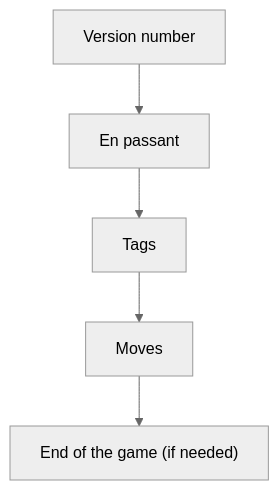
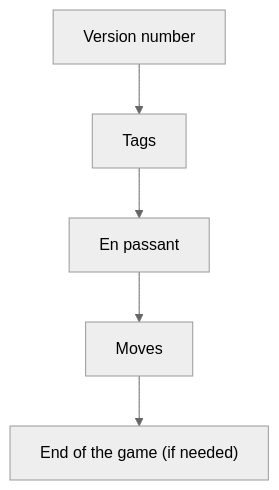
Before and after one commit to Chi-Iroh/PGN-Compressor: the diagram in README.md, drawn with Mermaid (neutral theme). The commit also changed other lines of this file, not shown here.

````diff
--- a/README.md
+++ b/README.md
@@ -621,7 +621,7 @@
 ```mermaid
 graph TD
-    A[Version number] --> B[En passant];
-    B --> C[Tags];
+    A[Version number] --> B[Tags];
+    B --> C[En passant];
     C --> D[Moves];
     D --> E["End of the game (if needed)"];
 ```
````
